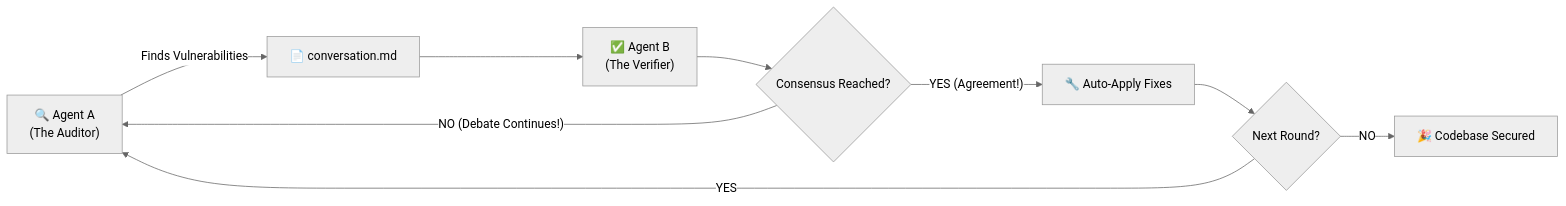
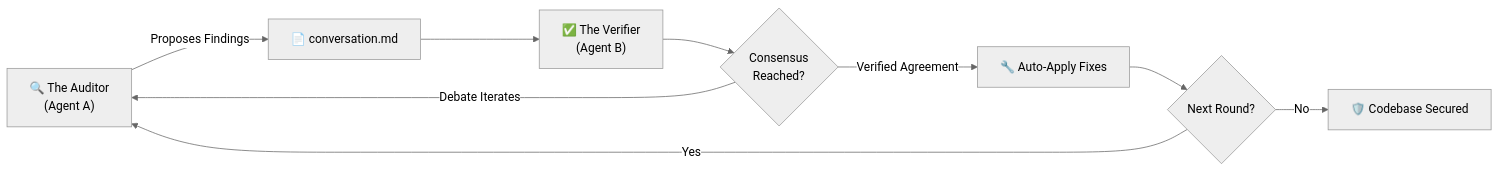
The diagram in README.md (cloveric/mdtalk), drawn with Mermaid (neutral theme) before and after one commit. The commit also changed other lines of this file, not shown here.

````diff
--- a/README.md
+++ b/README.md
@@ -90,11 +86,11 @@
 ```mermaid
 flowchart LR
-    A["🔍 Agent A\n(The Auditor)"] -->|Finds Vulnerabilities| C["📄 conversation.md"]
-    C --> B["✅ Agent B\n(The Verifier)"]
-    B --> D{"Consensus Reached?"}
-    D -- "NO (Debate Continues!)" --> A
-    D -- "YES (Agreement!)" --> F["🔧 Auto-Apply Fixes"]
+    A["🔍 The Auditor\n(Agent A)"] -->|Proposes Findings| C["📄 conversation.md"]
+    C --> B["✅ The Verifier\n(Agent B)"]
+    B --> D{"Consensus\nReached?"}
+    D -- "Debate Iterates" --> A
+    D -- "Verified Agreement" --> F["🔧 Auto-Apply Fixes"]
     F --> R{"Next Round?"}
-    R -- YES --> A
-    R -- NO --> Done["🎉 Codebase Secured"]
+    R -- Yes --> A
+    R -- No --> Done["🛡️ Codebase Secured"]
 ```
````
